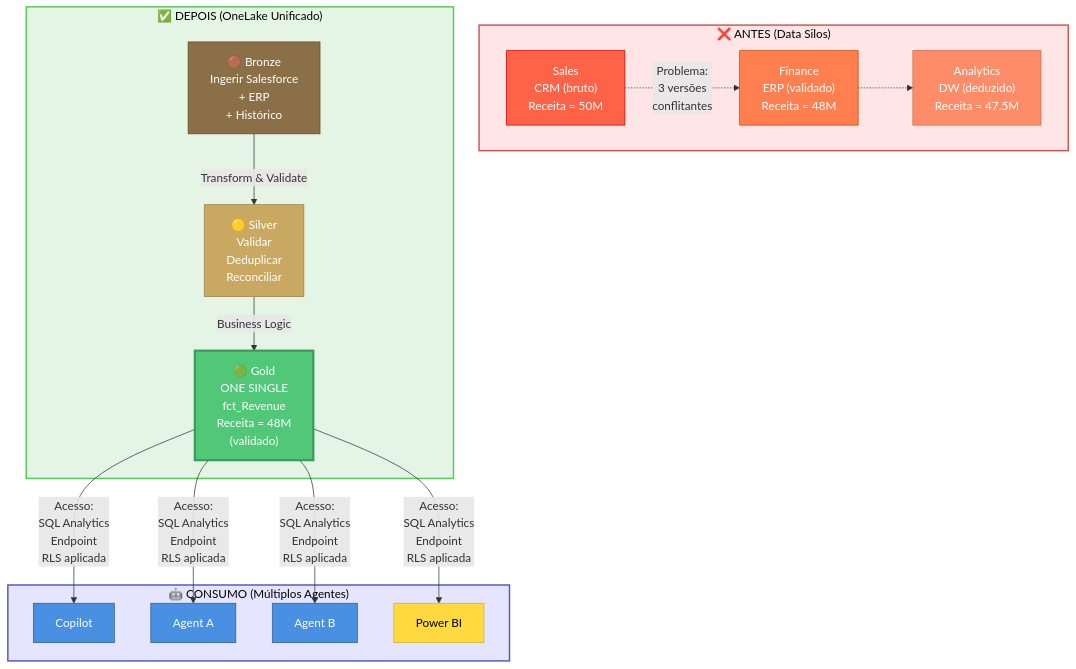
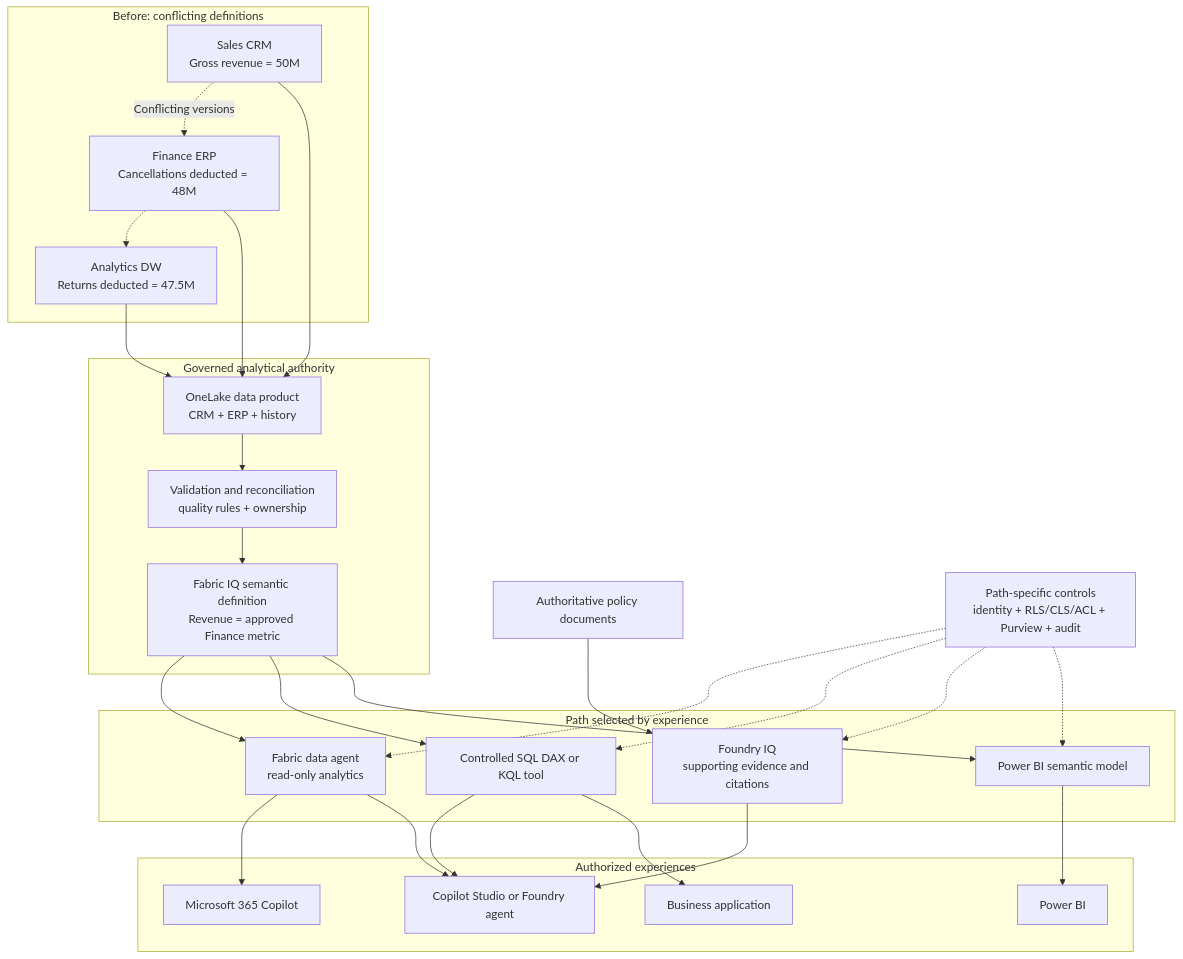
Before and after one commit to fabioharams/hubsp-ai-skill: the diagram in chapters/08-key-strategic-insight.md, drawn with Mermaid. The commit also changed other lines of this file and 31 other files, not shown here.

````diff
--- a/chapters/08-key-strategic-insight.md
+++ b/chapters/08-key-strategic-insight.md
@@ -27,48 +31,53 @@
 ```mermaid
-graph TB
-    subgraph ANTES["❌ ANTES (Data Silos)"]
-        A1["Sales<br/>CRM (bruto)<br/>Receita = 50M"]
-        A2["Finance<br/>ERP (validado)<br/>Receita = 48M"]
-        A3["Analytics<br/>DW (deduzido)<br/>Receita = 47.5M"]
+flowchart TB
+  subgraph BEFORE["Before: conflicting definitions"]
+    A1["Sales CRM<br/>Gross revenue = 50M"]
+    A2["Finance ERP<br/>Cancellations deducted = 48M"]
+    A3["Analytics DW<br/>Returns deducted = 47.5M"]
     end
-    
-    subgraph DEPOIS["✅ DEPOIS (OneLake Unificado)"]
-        B0["🟤 Bronze<br/>Ingerir Salesforce<br/>+ ERP<br/>+ Histórico"]
-        B1["🟡 Silver<br/>Validar<br/>Deduplicar<br/>Reconciliar"]
-        B2["🟢 Gold<br/>ONE SINGLE<br/>fct_Revenue<br/>Receita = 48M<br/>(validado)"]
+
+  subgraph AUTHORITY["Governed analytical authority"]
+    B0["OneLake data product<br/>CRM + ERP + history"]
+    B1["Validation and reconciliation<br/>quality rules + ownership"]
+    B2["Fabric IQ semantic definition<br/>Revenue = approved Finance metric"]
     end
-    
-    subgraph CONSUMO["🤖 CONSUMO (Múltiplos Agentes)"]
-        C1["Copilot"]
-        C2["Agent A"]
-        C3["Agent B"]
-        C4["Power BI"]
+
+  subgraph ACCESS["Path selected by experience"]
+    C1["Fabric data agent<br/>read-only analytics"]
+    C2["Controlled SQL DAX or KQL tool"]
+    C3["Foundry IQ<br/>supporting evidence and citations"]
+    C4["Power BI semantic model"]
     end
-    
-    A1 -.->|"Problema:<br/>3 versões<br/>conflitantes"| A2
+
+  subgraph EXPERIENCES["Authorized experiences"]
+    D1["Microsoft 365 Copilot"]
+    D2["Copilot Studio or Foundry agent"]
+    D3["Business application"]
+    D4["Power BI"]
+  end
+
+  A1 -.->|"Conflicting versions"| A2
     A2 -.-> A3
-    
-    B0 -->|"Transform & Validate"| B1
-    B1 -->|"Business Logic"| B2
-    
-    B2 -->|"Acesso:<br/>SQL Analytics<br/>Endpoint<br/>RLS aplicada"| C1
-    B2 -->|"Acesso:<br/>SQL Analytics<br/>Endpoint<br/>RLS aplicada"| C2
-    B2 -->|"Acesso:<br/>SQL Analytics<br/>Endpoint<br/>RLS aplicada"| C3
-    B2 -->|"Acesso:<br/>SQL Analytics<br/>Endpoint<br/>RLS aplicada"| C4
-    
-    style ANTES fill:#FFE5E5,stroke:#CC5555,color:#000,stroke-width:2px
-    style A1 fill:#FF6347,stroke:#CC0000,color:#fff
-    style A2 fill:#FF7F50,stroke:#CC4400,color:#fff
-    style A3 fill:#FF8C69,stroke:#CC6644,color:#fff
-    
-    style DEPOIS fill:#E5F5E5,stroke:#55CC55,color:#000,stroke-width:2px
-    style B0 fill:#8B6F47,stroke:#664D2A,color:#fff
-    style B1 fill:#C9A961,stroke:#9B7E48,color:#fff
-    style B2 fill:#50C878,stroke:#3A9B5C,color:#fff,stroke-width:3px
-    
-    style CONSUMO fill:#E5E5FF,stroke:#5555CC,color:#000,stroke-width:2px
-    style C1 fill:#4A90E2,stroke:#2E5C8A,color:#fff
-    style C2 fill:#4A90E2,stroke:#2E5C8A,color:#fff
-    style C3 fill:#4A90E2,stroke:#2E5C8A,color:#fff
-    style C4 fill:#FFD93D,stroke:#CCB030,color:#000
+
+  A1 --> B0
+  A2 --> B0
+  A3 --> B0
+  B0 --> B1
+  B1 --> B2
+
+  B2 --> C1
+  B2 --> C2
+  B2 --> C4
+  C3 --> D2
+  C1 --> D1
+  C1 --> D2
+  C2 --> D2
+  C2 --> D3
+  C4 --> D4
+
+  P["Authoritative policy documents"] --> C3
+  G["Path-specific controls<br/>identity + RLS/CLS/ACL + Purview + audit"] -.-> C1
+  G -.-> C2
+  G -.-> C3
+  G -.-> C4
 ```
````
